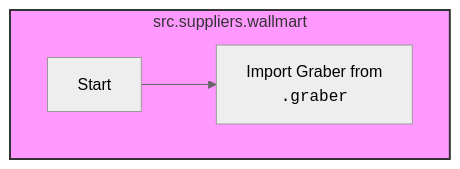
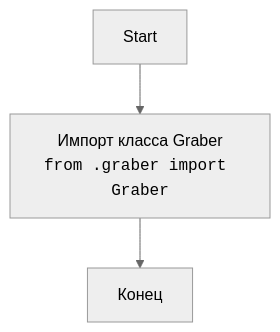
Before and after one commit to hypo69/hypo: the diagram in docs/gemini/ru/explainer/src/suppliers/wallmart/__init__.py.md, drawn with Mermaid (neutral theme). The commit also changed other lines of this file and 1505 other files, not shown here.

````diff
--- a/docs/gemini/ru/explainer/src/suppliers/wallmart/__init__.py.md
+++ b/docs/gemini/ru/explainer/src/suppliers/wallmart/__init__.py.md
@@ -11,11 +19,5 @@
 ```mermaid
 flowchart TD
-    subgraph src.suppliers.wallmart
-        Start[Start] --> ImportGraber[Import Graber from <br><code>.graber</code>];
-    end
-
-    classDef file fill:#f9f,stroke:#333,stroke-width:2px
-    classDef package fill:#ccf,stroke:#333,stroke-width:2px
-    class src.suppliers.wallmart file;
-    class src.suppliers package;
+    Start --> ImportGraber[Импорт класса Graber<br><code>from .graber import Graber</code>]
+    ImportGraber --> End[Конец]
 ```
````
